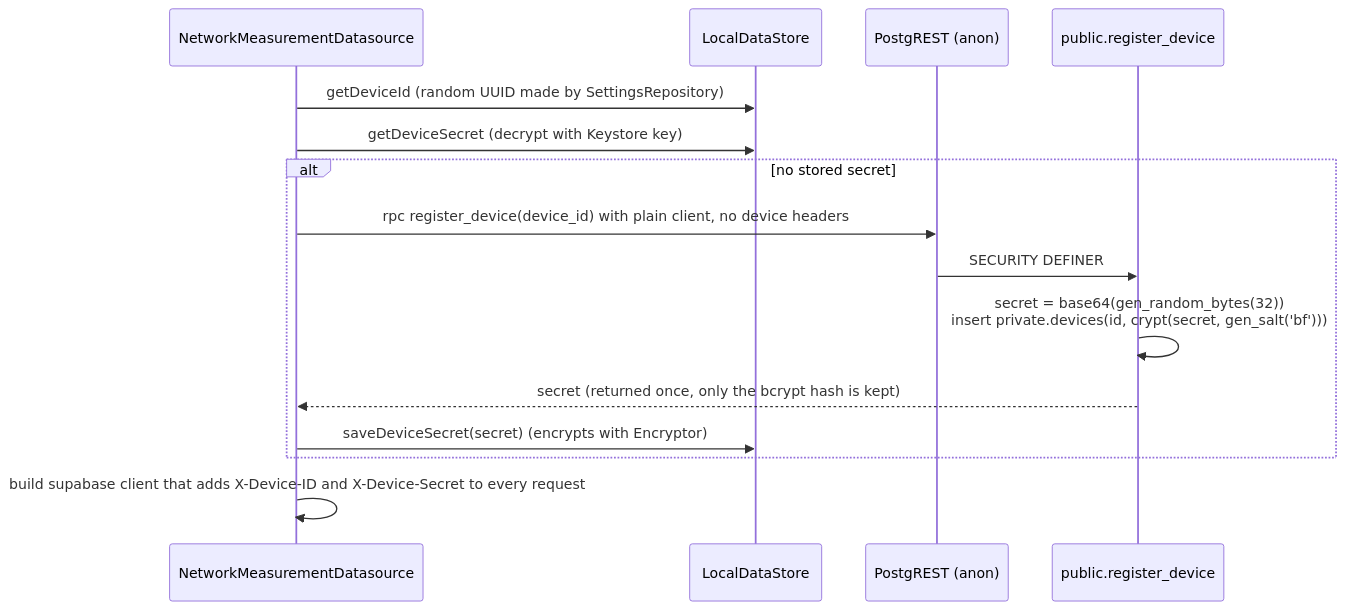
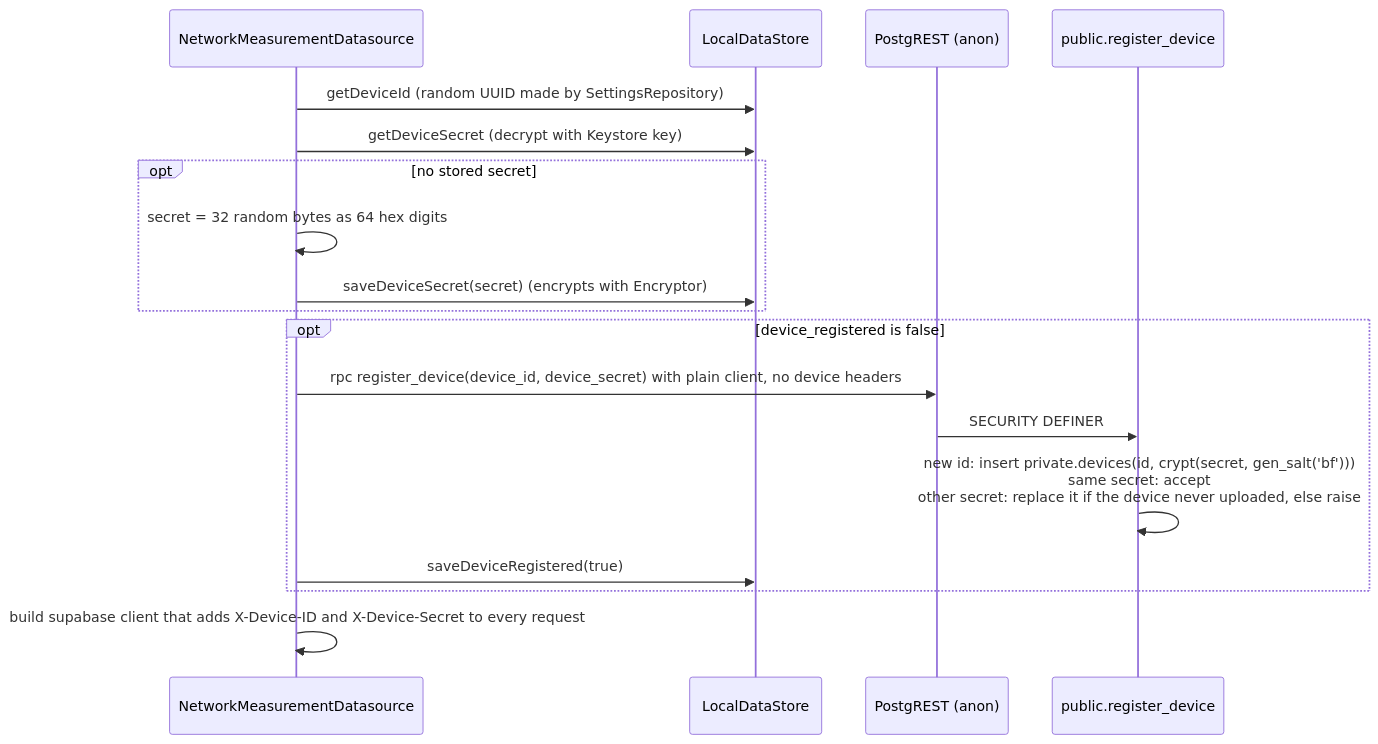
The diagram in docs/architecture/identity-and-security.md (CellWatch/cellwatch-app), drawn with Mermaid before and after one commit. The commit also changed other lines of this file and 22 other files, not shown here.

````diff
--- a/docs/architecture/identity-and-security.md
+++ b/docs/architecture/identity-and-security.md
@@ -11,17 +11,20 @@
 ```mermaid
 sequenceDiagram
     participant App as NetworkMeasurementDatasource
     participant DS as LocalDataStore
     participant API as PostgREST (anon)
     participant DB as public.register_device
     App->>DS: getDeviceId (random UUID made by SettingsRepository)
     App->>DS: getDeviceSecret (decrypt with Keystore key)
-    alt no stored secret
-        App->>API: rpc register_device(device_id) with plain client, no device headers
+    opt no stored secret
+        App->>App: secret = 32 random bytes as 64 hex digits
+        App->>DS: saveDeviceSecret(secret) (encrypts with Encryptor)
+    end
+    opt device_registered is false
+        App->>API: rpc register_device(device_id, device_secret) with plain client, no device headers
         API->>DB: SECURITY DEFINER
-        DB->>DB: secret = base64(gen_random_bytes(32))<br/>insert private.devices(id, crypt(secret, gen_salt('bf')))
-        DB-->>App: secret (returned once, only the bcrypt hash is kept)
-        App->>DS: saveDeviceSecret(secret) (encrypts with Encryptor)
+        DB->>DB: new id: insert private.devices(id, crypt(secret, gen_salt('bf')))<br/>same secret: accept<br/>other secret: replace it if the device never uploaded, else raise
+        App->>DS: saveDeviceRegistered(true)
     end
     App->>App: build supabase client that adds X-Device-ID and X-Device-Secret to every request
 ```
````
